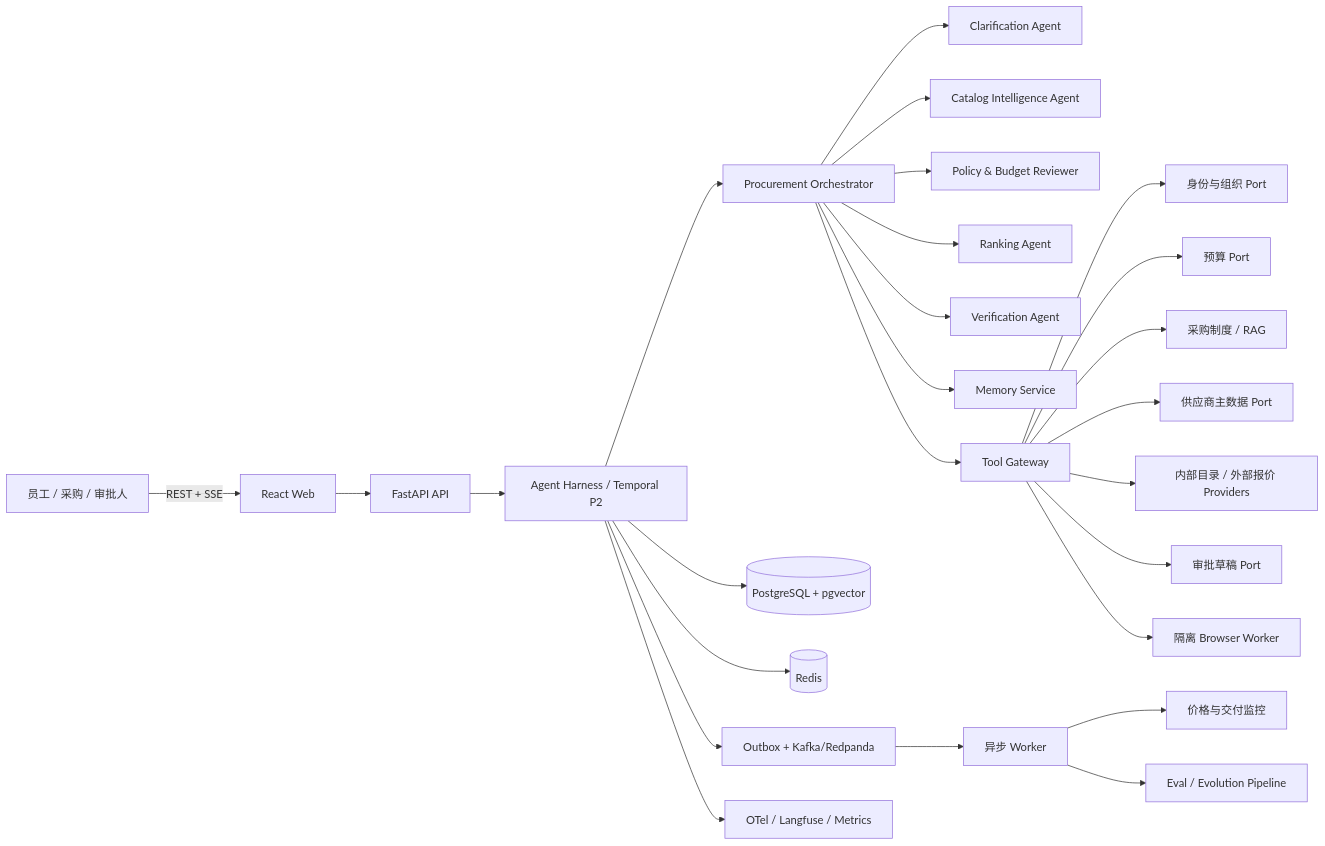
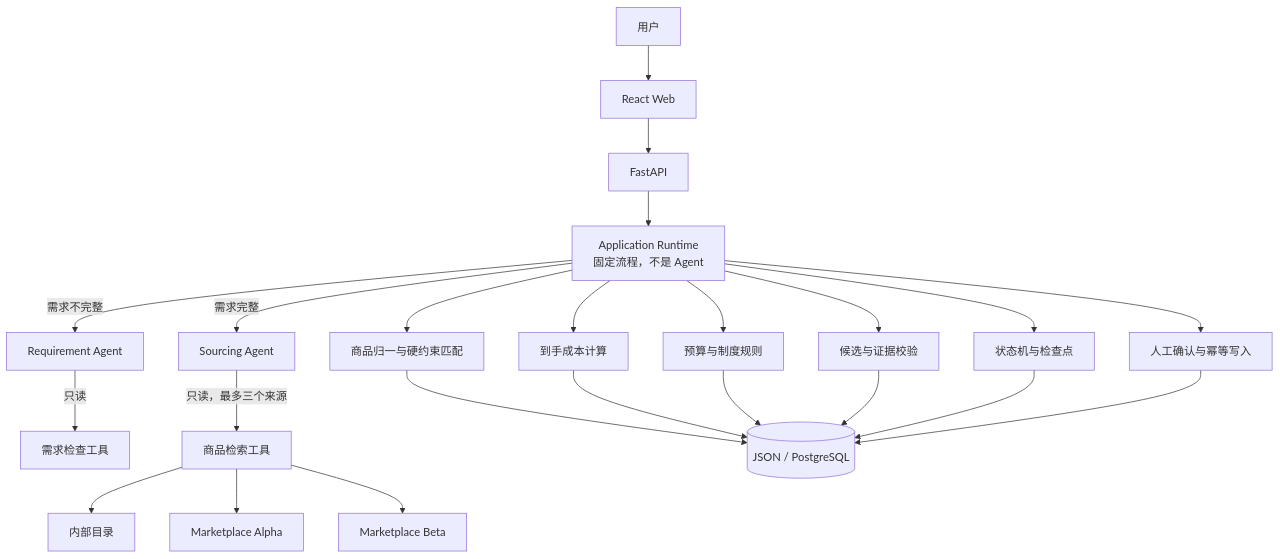
The first of 2 diagrams in docs/02-architecture.md (zxmEve/shopping-assistant), drawn with Mermaid before and after one commit. The commit also changed other lines of this file and 80 other files, not shown here.

Commit message:
feat: complete two-agent runtime and structured memory

````diff
--- a/docs/02-architecture.md
+++ b/docs/02-architecture.md
@@ -16,32 +35,30 @@
 ```mermaid
-flowchart LR
-    U[员工 / 采购 / 审批人] -->|REST + SSE| WEB[React Web]
-    WEB --> API[FastAPI API]
-    API --> H[Agent Harness / Temporal P2]
-    H --> O[Procurement Orchestrator]
+flowchart TB
+    U[用户] --> UI[React Web]
+    UI --> API[FastAPI]
+    API --> RT[Application Runtime<br/>固定流程，不是 Agent]
 
-    O --> A1[Clarification Agent]
-    O --> A2[Catalog Intelligence Agent]
-    O --> A3[Policy & Budget Reviewer]
-    O --> A4[Ranking Agent]
-    O --> A5[Verification Agent]
-    O --> MS[Memory Service]
+    RT -->|需求不完整| RA[Requirement Agent]
+    RT -->|需求完整| SA[Sourcing Agent]
 
-    O --> TG[Tool Gateway]
-    TG --> ID[身份与组织 Port]
-    TG --> BUD[预算 Port]
-    TG --> POL[采购制度 / RAG]
-    TG --> VEN[供应商主数据 Port]
-    TG --> CAT[内部目录 / 外部报价 Providers]
-    TG --> APR[审批草稿 Port]
-    TG --> BW[隔离 Browser Worker]
+    RA -->|只读| RI[需求检查工具]
+    SA -->|只读，最多三个来源| CAT[商品检索工具]
 
-    H --> PG[(PostgreSQL + pgvector)]
-    H --> REDIS[(Redis)]
-    H --> BUS[Outbox + Kafka/Redpanda]
-    H --> OBS[OTel / Langfuse / Metrics]
+    RT --> MATCH[商品归一与硬约束匹配]
+    RT --> COST[到手成本计算]
+    RT --> POLICY[预算与制度规则]
+    RT --> EVIDENCE[候选与证据校验]
+    RT --> STATE[状态机与检查点]
+    RT --> HITL[人工确认与幂等写入]
 
-    BUS --> WORKER[异步 Worker]
-    WORKER --> WATCH[价格与交付监控]
-    WORKER --> EVAL[Eval / Evolution Pipeline]
+    MATCH --> PG[(JSON / PostgreSQL)]
+    COST --> PG
+    POLICY --> PG
+    EVIDENCE --> PG
+    STATE --> PG
+    HITL --> PG
+
+    CAT --> P1[内部目录]
+    CAT --> P2[Marketplace Alpha]
+    CAT --> P3[Marketplace Beta]
 ```
````
